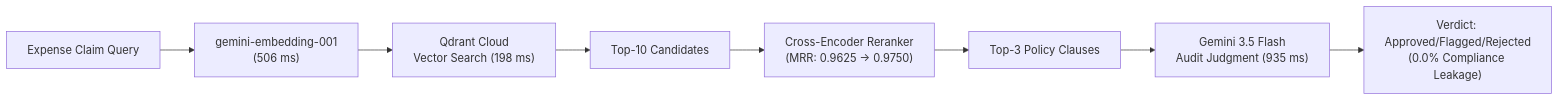
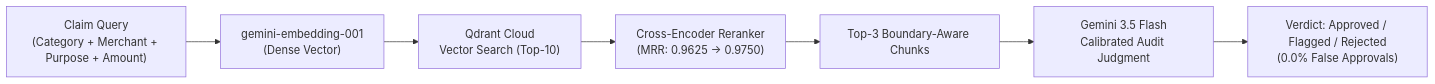
Before and after one commit to Shaun22062005/AI-Powered-Expense-Auditor: the diagram in policy-expense-auditor/eval/REPORT.md, drawn with Mermaid. The commit also changed other lines of this file and 8 other files, not shown here.

Commit message:
feat(prod): align production embeddings, port boundary chunking, calibrate audit prompt, and update report

````diff
--- a/policy-expense-auditor/eval/REPORT.md
+++ b/policy-expense-auditor/eval/REPORT.md
@@ -20,10 +22,9 @@
 ```mermaid
 flowchart LR
-    A["Expense Claim Query"] --> B["gemini-embedding-001<br>(506 ms)"]
-    B --> C["Qdrant Cloud<br>Vector Search (198 ms)"]
-    C --> D["Top-10 Candidates"]
-    D --> E["Cross-Encoder Reranker<br>(MRR: 0.9625 → 0.9750)"]
-    E --> F["Top-3 Policy Clauses"]
-    F --> G["Gemini 3.5 Flash<br>Audit Judgment (935 ms)"]
-    G --> H["Verdict: Approved/Flagged/Rejected<br>(0.0% Compliance Leakage)"]
+    A["Claim Query<br>(Category + Merchant + Purpose + Amount)"] --> B["gemini-embedding-001<br>(Dense Vector)"]
+    B --> C["Qdrant Cloud<br>Vector Search (Top-10)"]
+    C --> D["Cross-Encoder Reranker<br>(MRR: 0.9625 → 0.9750)"]
+    D --> E["Top-3 Boundary-Aware Chunks"]
+    E --> F["Gemini 3.5 Flash<br>Calibrated Audit Judgment"]
+    F --> G["Verdict: Approved / Flagged / Rejected<br>(0.0% False Approvals)"]
 ```
````
